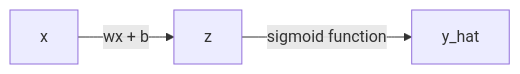
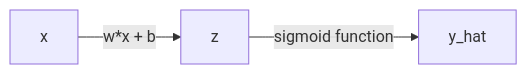
Before and after one commit to erikaduan/textbook_notes: the second of 3 diagrams in blog_posts/backpropagation_various_sources.md, drawn with Mermaid. The commit also changed other lines of this file and 1 other file, not shown here.

````diff
--- a/blog_posts/backpropagation_various_sources.md
+++ b/blog_posts/backpropagation_various_sources.md
@@ -412,5 +407,5 @@
 ``` mermaid
 flowchart LR 
-  x --wx + b--> z
+  x --w*x + b--> z
   z --sigmoid function--> y_hat  
 ```
````
